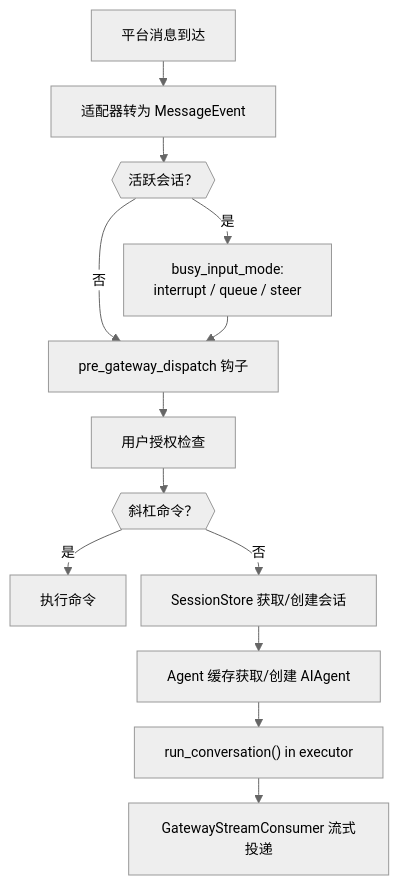
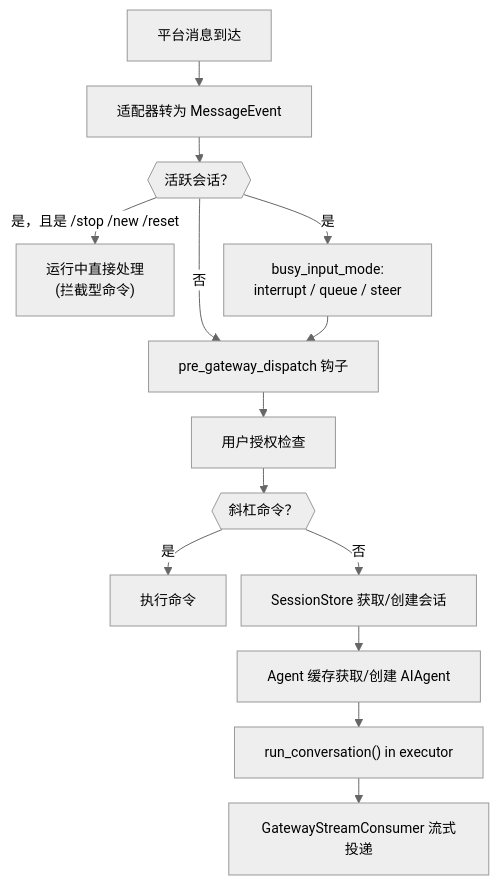
One commit to fang-lin/hermes-agent-code-analysis changed the diagram in docs/zh/05-网关层.md. Above: the diagram before and after it, drawn with Mermaid. The commit also changed other lines of this file and 6 other files, not shown here.

````diff
--- a/docs/zh/05-网关层.md
+++ b/docs/zh/05-网关层.md
@@ -93,16 +111,17 @@
 ```mermaid
 %%{init: {"theme": "neutral", "themeVariables": {"fontSize": "14px"}, "flowchart": {"nodeSpacing": 15, "rankSpacing": 25}}}%%
 flowchart TD
     MSG["平台消息到达"] --> ADAPT["适配器转为 MessageEvent"]
     ADAPT --> BUSY{{"活跃会话？"}}
+    BUSY -->|"是，且是 /stop /new /reset"| INTR["运行中直接处理<br/>#40;拦截型命令#41;"]
     BUSY -->|是| MODE["busy_input_mode:<br/>interrupt / queue / steer"]
     BUSY -->|否| PLUGIN["pre_gateway_dispatch 钩子"]
     MODE --> PLUGIN
     PLUGIN --> AUTH["用户授权检查"]
     AUTH --> CMD{{"斜杠命令？"}}
     CMD -->|是| EXEC_CMD["执行命令"]
     CMD -->|否| SESSION["SessionStore 获取/创建会话"]
     SESSION --> AGENT["Agent 缓存获取/创建 AIAgent"]
     AGENT --> RUN["run_conversation#40;#41; in executor"]
     RUN --> STREAM["GatewayStreamConsumer 流式投递"]
 ```
````
